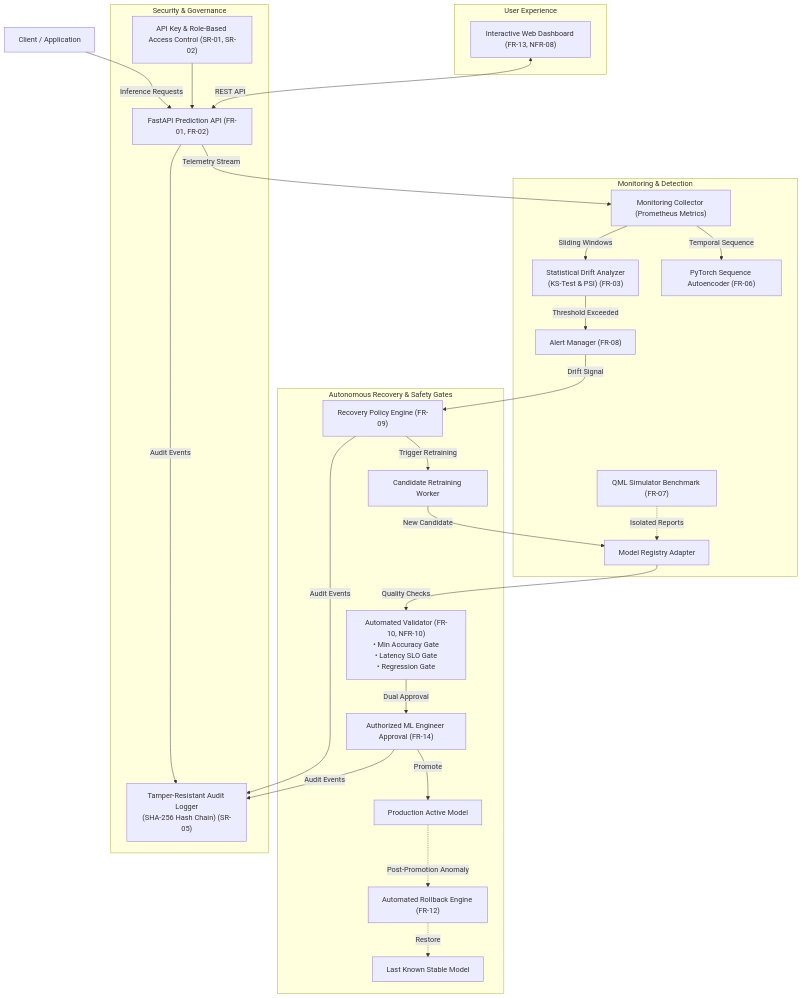
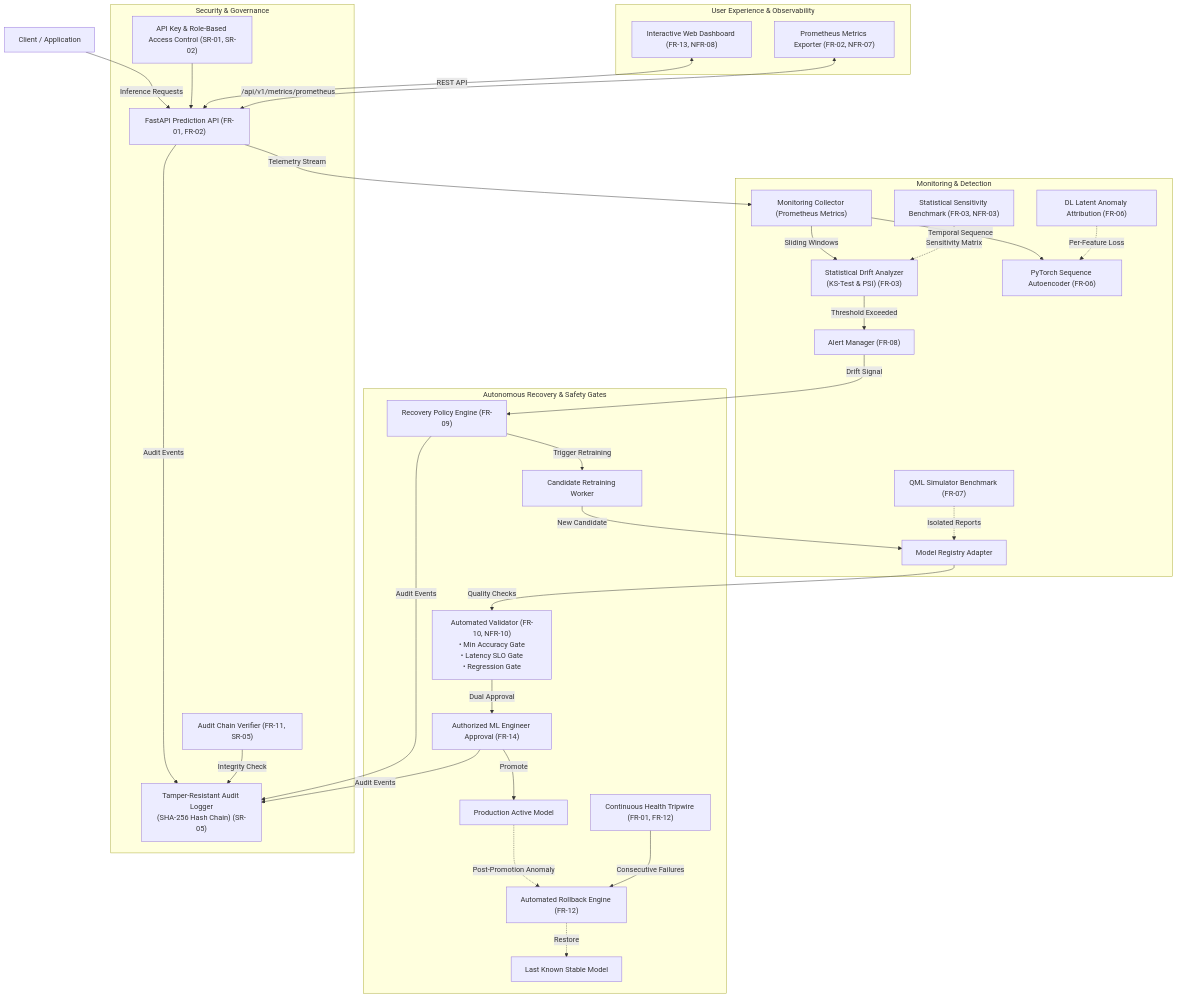
The diagram in README.md (anantha-bit/self-monitoring-mlops-system), drawn with Mermaid before and after one commit. The commit also changed other lines of this file and 18 other files, not shown here.

````diff
--- a/README.md
+++ b/README.md
@@ -40,32 +64,37 @@
 ```mermaid
 flowchart TD
     Client["Client / Application"] -->|Inference Requests| API["FastAPI Prediction API (FR-01, FR-02)"]
     API -->|Telemetry Stream| Collector["Monitoring Collector (Prometheus Metrics)"]
     
     subgraph Monitoring & Detection
         Collector -->|Sliding Windows| DriftEngine["Statistical Drift Analyzer\n(KS-Test & PSI) (FR-03)"]
         DriftEngine -->|Threshold Exceeded| AlertMgr["Alert Manager (FR-08)"]
         Collector -->|Temporal Sequence| DLAutoencoder["PyTorch Sequence Autoencoder (FR-06)"]
-        Benchmark["QML Simulator Benchmark (FR-07)"] -.->|Isolated Reports| Registry
+        Benchmark["Statistical Sensitivity Benchmark (FR-03, NFR-03)"] -.->|Sensitivity Matrix| DriftEngine
+        DLVisualizer["DL Latent Anomaly Attribution (FR-06)"] -.->|Per-Feature Loss| DLAutoencoder
+        QML["QML Simulator Benchmark (FR-07)"] -.->|Isolated Reports| Registry
     end
 
     subgraph Autonomous Recovery & Safety Gates
         AlertMgr -->|Drift Signal| Policy["Recovery Policy Engine (FR-09)"]
         Policy -->|Trigger Retraining| Retrain["Candidate Retraining Worker"]
         Retrain -->|New Candidate| Registry["Model Registry Adapter"]
         Registry -->|Quality Checks| Validator["Automated Validator (FR-10, NFR-10)\n• Min Accuracy Gate\n• Latency SLO Gate\n• Regression Gate"]
         Validator -->|Dual Approval| HumanApproval["Authorized ML Engineer Approval (FR-14)"]
         HumanApproval -->|Promote| ActiveModel["Production Active Model"]
         ActiveModel -.->|Post-Promotion Anomaly| Rollback["Automated Rollback Engine (FR-12)"]
+        Tripwire["Continuous Health Tripwire (FR-01, FR-12)"] -->|Consecutive Failures| Rollback
         Rollback -.->|Restore| StableModel["Last Known Stable Model"]
     end
 
     subgraph Security & Governance
         API & Policy & HumanApproval -->|Audit Events| AuditLogger["Tamper-Resistant Audit Logger\n(SHA-256 Hash Chain) (SR-05)"]
+        Verifier["Audit Chain Verifier (FR-11, SR-05)"] -->|Integrity Check| AuditLogger
         RBAC["API Key & Role-Based Access Control (SR-01, SR-02)"] --> API
     end
 
-    subgraph User Experience
+    subgraph User Experience & Observability
         Dashboard["Interactive Web Dashboard (FR-13, NFR-08)"] <-->|REST API| API
+        PromScraper["Prometheus Metrics Exporter (FR-02, NFR-07)"] <-->|/api/v1/metrics/prometheus| API
     end
 ```
````
